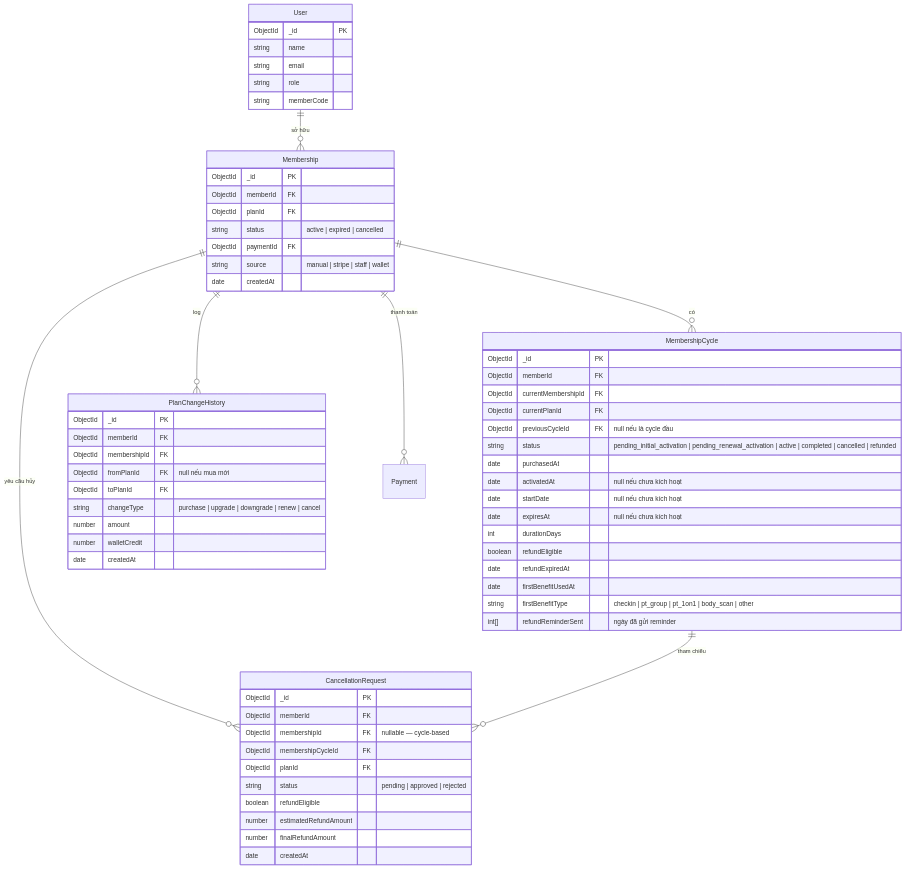
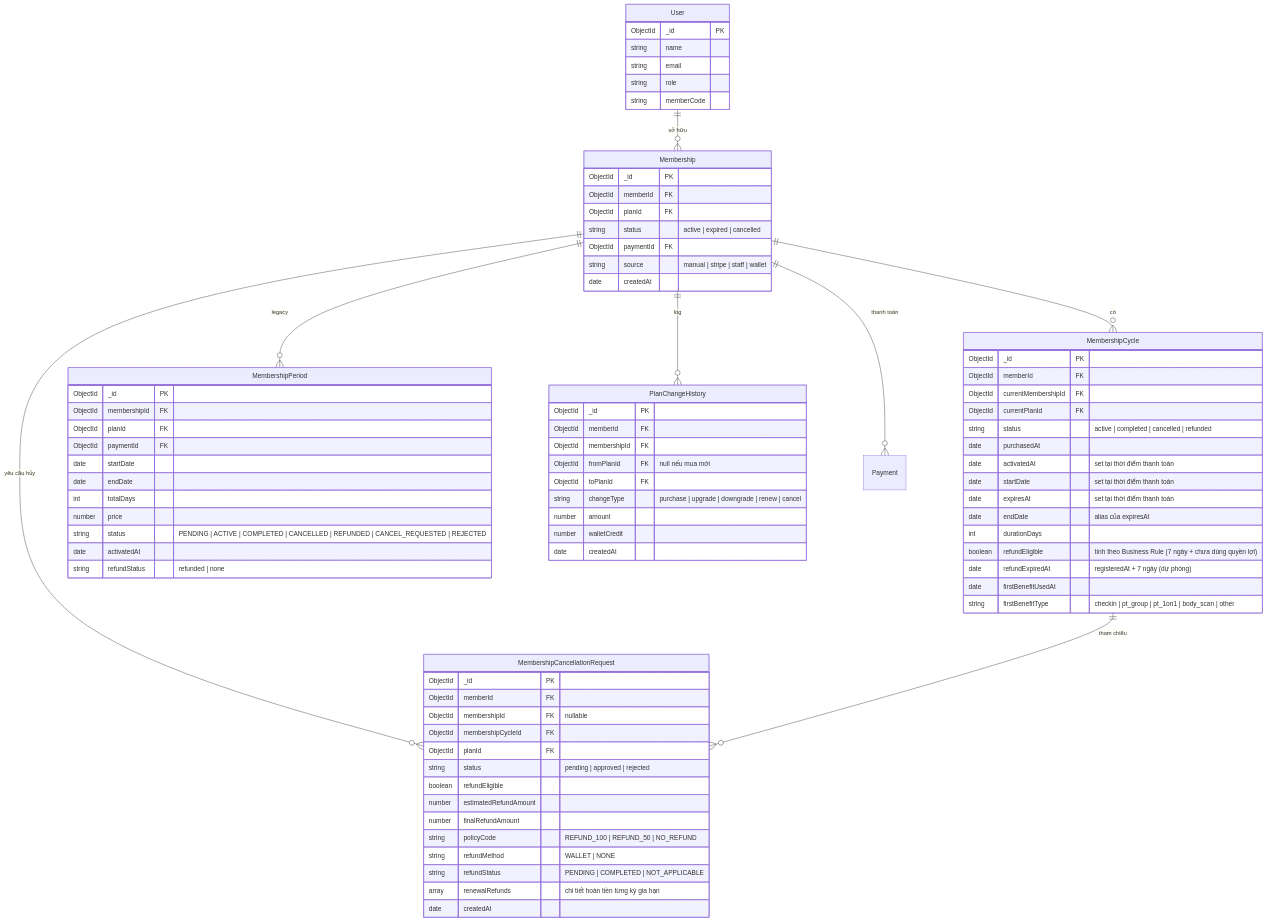
The first of 9 diagrams in docs/MEMBERSHIP_SYSTEM_ARCHITECTURE.md (quyen-dx/gymsystem), drawn with Mermaid before and after one commit. The commit also changed other lines of this file and 148 other files, not shown here.

```diff
--- a/docs/MEMBERSHIP_SYSTEM_ARCHITECTURE.md
+++ b/docs/MEMBERSHIP_SYSTEM_ARCHITECTURE.md
@@ -50,10 +54,11 @@
 erDiagram
     User ||--o{ Membership : "sở hữu"
     Membership ||--o{ MembershipCycle : "có"
+    Membership ||--o{ MembershipPeriod : "legacy"
     Membership ||--o{ PlanChangeHistory : "log"
-    Membership ||--o{ CancellationRequest : "yêu cầu hủy"
+    Membership ||--o{ MembershipCancellationRequest : "yêu cầu hủy"
     Membership ||--o{ Payment : "thanh toán"
-    MembershipCycle ||--o{ CancellationRequest : "tham chiếu"
+    MembershipCycle ||--o{ MembershipCancellationRequest : "tham chiếu"
 
     User {
         ObjectId _id PK
@@ -78,30 +83,47 @@
         ObjectId memberId FK
         ObjectId currentMembershipId FK
         ObjectId currentPlanId FK
-        ObjectId previousCycleId FK "null nếu là cycle đầu"
-        string status "pending_initial_activation | pending_renewal_activation | active | completed | cancelled | refunded"
+        string status "active | completed | cancelled | refunded"
         date purchasedAt
-        date activatedAt "null nếu chưa kích hoạt"
-        date startDate "null nếu chưa kích hoạt"
-        date expiresAt "null nếu chưa kích hoạt"
+        date activatedAt "set tại thời điểm thanh toán"
+        date startDate "set tại thời điểm thanh toán"
+        date expiresAt "set tại thời điểm thanh toán"
+        date endDate "alias của expiresAt"
         int durationDays
-        boolean refundEligible
-        date refundExpiredAt
+        boolean refundEligible "tính theo Business Rule (7 ngày + chưa dùng quyền lợi)"
+        date refundExpiredAt "registeredAt + 7 ngày (dự phòng)"
         date firstBenefitUsedAt
         string firstBenefitType "checkin | pt_group | pt_1on1 | body_scan | other"
-        int[] refundReminderSent "ngày đã gửi reminder"
     }
 
-    CancellationRequest {
+    MembershipPeriod {
+        ObjectId _id PK
+        ObjectId membershipId FK
+        ObjectId planId FK
+        ObjectId paymentId FK
+        date startDate
+        date endDate
+        int totalDays
+        number price
+        string status "PENDING | ACTIVE | COMPLETED | CANCELLED | REFUNDED | CANCEL_REQUESTED | REJECTED"
+        date activatedAt
+        string refundStatus "refunded | none"
+    }
+
+    MembershipCancellationRequest {
         ObjectId _id PK
         ObjectId memberId FK
-        ObjectId membershipId FK "nullable — cycle-based"
+        ObjectId membershipId FK "nullable"
         ObjectId membershipCycleId FK
         ObjectId planId FK
         string status "pending | approved | rejected"
         boolean refundEligible
         number estimatedRefundAmount
         number finalRefundAmount
+        string policyCode "REFUND_100 | REFUND_50 | NO_REFUND"
+        string refundMethod "WALLET | NONE"
+        string refundStatus "PENDING | COMPLETED | NOT_APPLICABLE"
+        array renewalRefunds "chi tiết hoàn tiền từng kỳ gia hạn"
         date createdAt
     }
 
```
